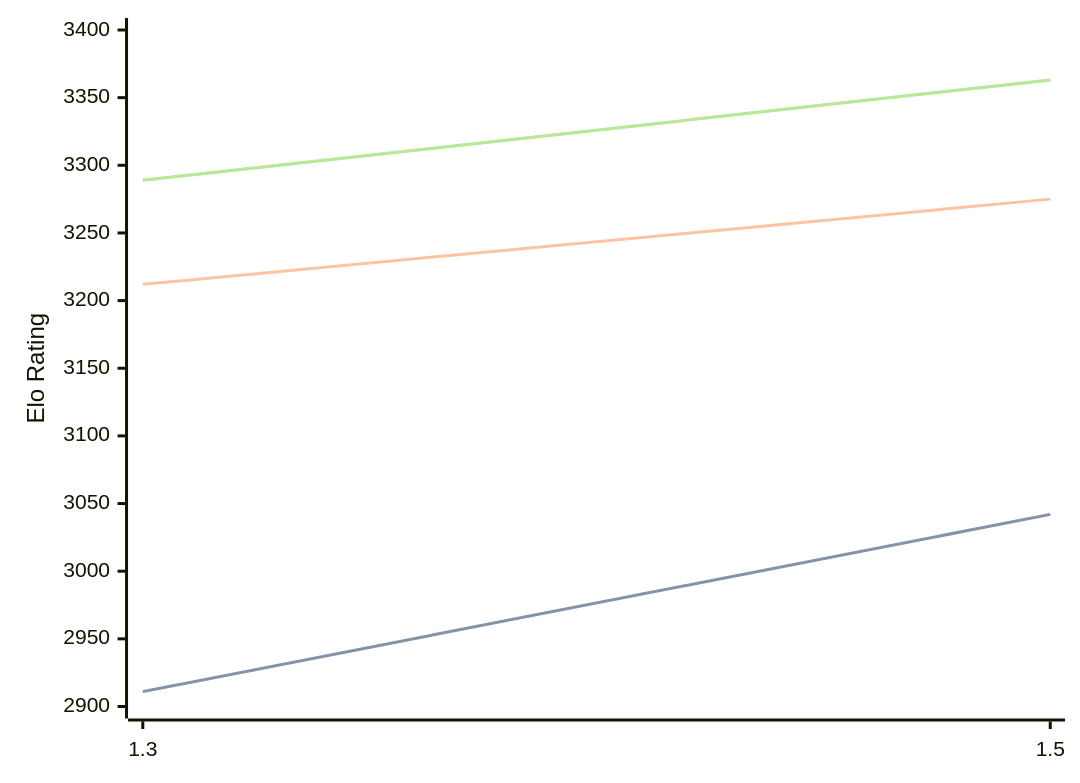
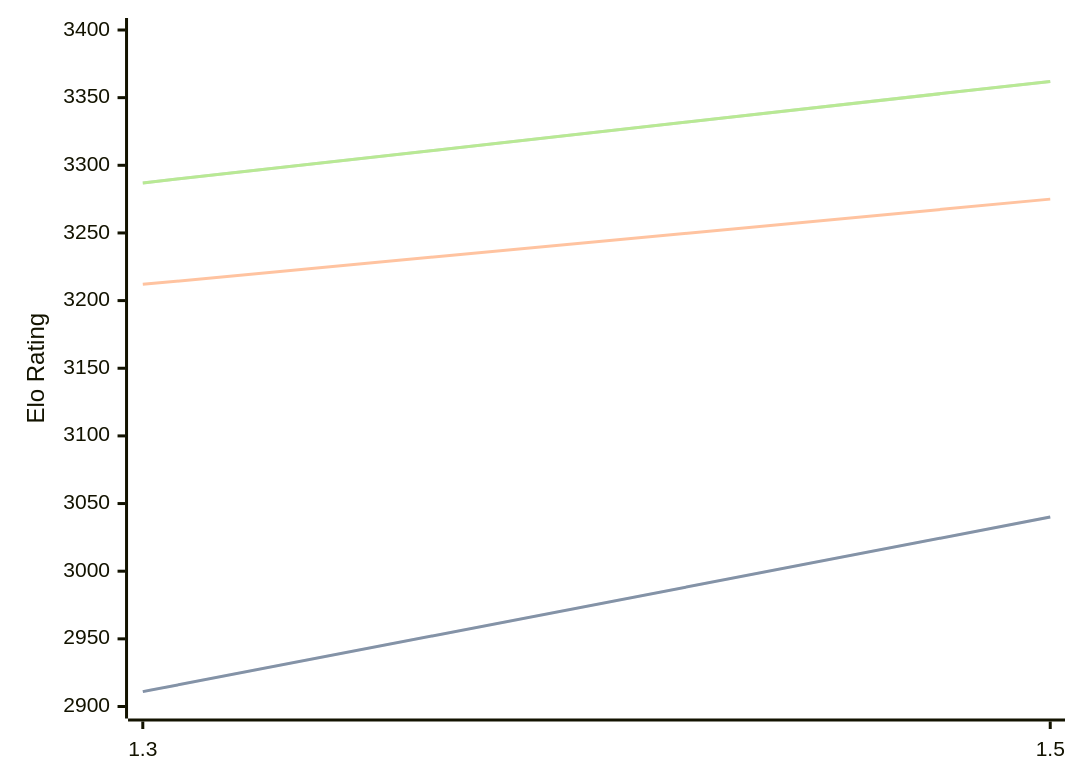
One commit to computer-chess-index/cci changed the diagram in engines/Lambergar.md. Above: the diagram before and after it, drawn with Mermaid. The commit also changed other lines of this file, not shown here.

Commit message:
Update CCI Ratings (ELO VLTC) - 2026-09-01

````diff
--- a/engines/Lambergar.md
+++ b/engines/Lambergar.md
@@ -32,11 +32,11 @@
 ```mermaid
 %%{init: {"theme":"base","themeVariables":{"seriesColors:['#a3a3a3','#222221','#faa371']}}}%%
 xychart-beta
   x-axis ["1.3", "1.5"]
   y-axis "Elo Rating" 2900 --> 3400
-  line "" [2911, 3042]
-  line "STC (8.0+0.08s)" [2911, 3042]
+  line "" [2911, 3040]
+  line "STC (8.0+0.08s)" [2911, 3040]
   line "LTC (60.0+0.60s)" [3212, 3275]
-  line "" [3289, 3363]
-  line "VLTC (2m24s+1.12s)" [3289, 3363]
+  line "" [3287, 3362]
+  line "VLTC (2m24s+1.12s)" [3287, 3362]
 ```
````
